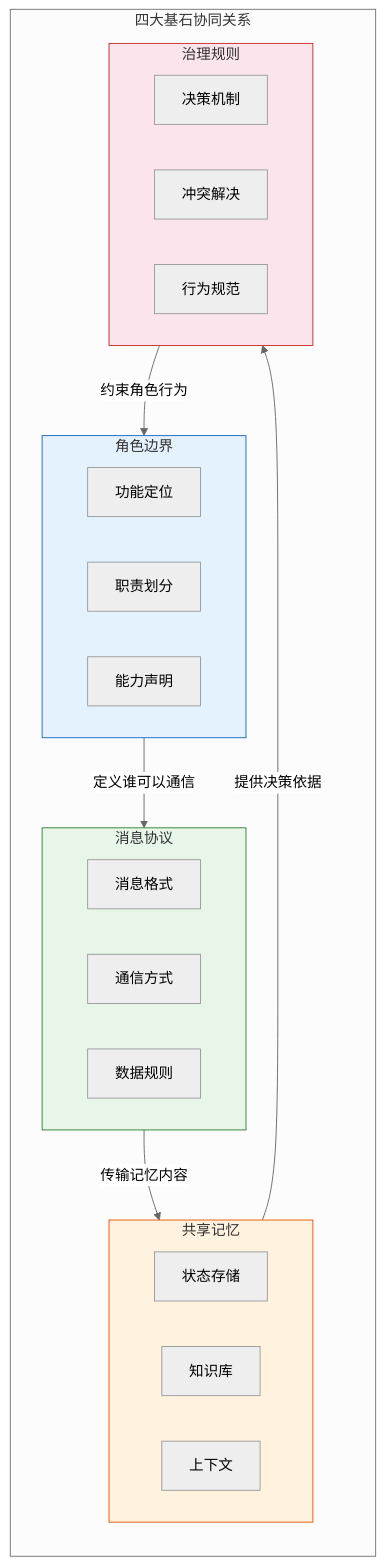
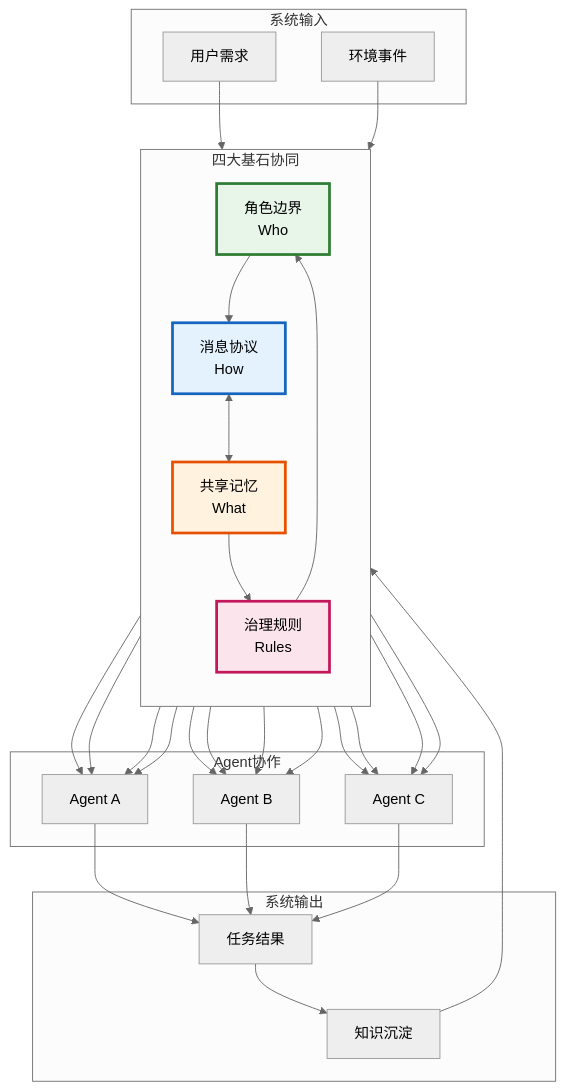
Before and after one commit to mansteinr/note-book: the second of 12 diagrams in agent/多Agent系统四大架构基石详解.md, drawn with Mermaid. The commit also changed other lines of this file and 2 other files, not shown here.

````diff
--- a/agent/多Agent系统四大架构基石详解.md
+++ b/agent/多Agent系统四大架构基石详解.md
@@ -72,41 +116,58 @@
 ```mermaid
 %%{init: {'theme': 'neutral'}}%%
 flowchart TB
-    subgraph 四大基石协同关系
+    subgraph 输入层[系统输入]
+        U[用户需求]
+        E[环境事件]
+    end
+
+    subgraph 四大基石[四大基石协同]
         direction TB
-        
-        subgraph RB[角色边界]
-            R1[功能定位]
-            R2[职责划分]
-            R3[能力声明]
-        end
-        
-        subgraph MP[消息协议]
-            M1[消息格式]
-            M2[通信方式]
-            M3[数据规则]
-        end
-        
-        subgraph SM[共享记忆]
-            S1[状态存储]
-            S2[知识库]
-            S3[上下文]
-        end
-        
-        subgraph GR[治理规则]
-            G1[决策机制]
-            G2[冲突解决]
-            G3[行为规范]
-        end
+        RB[角色边界<br/>Who]
+        MP[消息协议<br/>How]
+        SM[共享记忆<br/>What]
+        GR[治理规则<br/>Rules]
     end
-    
-    RB -->|定义谁可以通信| MP
-    MP -->|传输记忆内容| SM
-    SM -->|提供决策依据| GR
-    GR -->|约束角色行为| RB
-    
-    style RB fill:#e3f2fd,stroke:#1565c0
-    style MP fill:#e8f5e9,stroke:#2e7d32
-    style SM fill:#fff3e0,stroke:#e65100
-    style GR fill:#fce4ec,stroke:#c62828
+
+    subgraph 协作层[Agent协作]
+        A1[Agent A]
+        A2[Agent B]
+        A3[Agent C]
+    end
+
+    subgraph 输出层[系统输出]
+        R[任务结果]
+        K[知识沉淀]
+    end
+
+    U --> RB
+    E --> RB
+    RB --> MP
+    MP <--> SM
+    SM --> GR
+    GR --> RB
+
+    RB --> A1
+    RB --> A2
+    RB --> A3
+    MP --> A1
+    MP --> A2
+    MP --> A3
+    SM --> A1
+    SM --> A2
+    SM --> A3
+    GR --> A1
+    GR --> A2
+    GR --> A3
+
+    A1 --> R
+    A2 --> R
+    A3 --> R
+    R --> K
+    K --> SM
+
+    style RB fill:#e8f5e9,stroke:#2e7d32,stroke-width:3px
+    style MP fill:#e3f2fd,stroke:#1565c0,stroke-width:3px
+    style SM fill:#fff3e0,stroke:#e65100,stroke-width:3px
+    style GR fill:#fce4ec,stroke:#c2185b,stroke-width:3px
 ```
````
